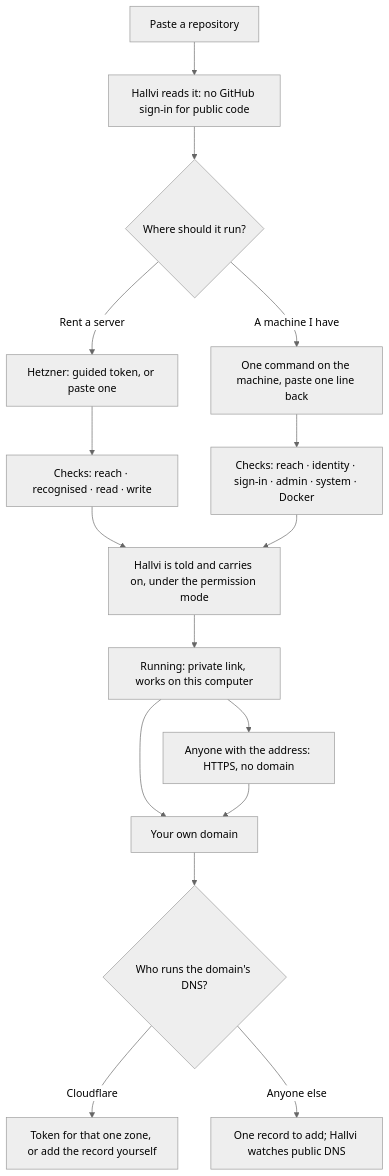
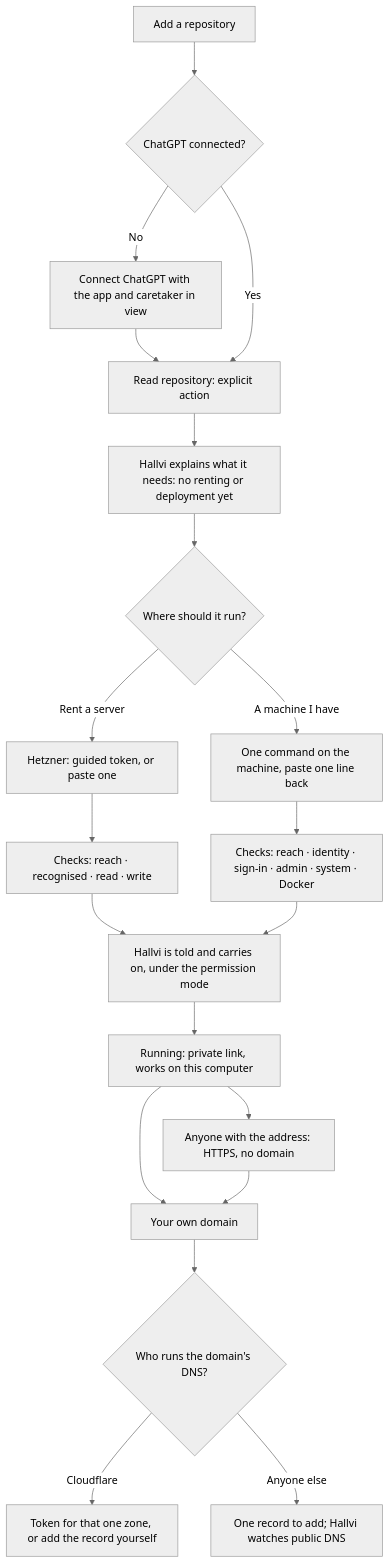
Before and after one commit to lustoykov/hallvi: the first of 2 diagrams in docs/design/onboarding.md, drawn with Mermaid (neutral theme). The commit also changed other lines of this file and 14 other files, not shown here.

````diff
--- a/docs/design/onboarding.md
+++ b/docs/design/onboarding.md
@@ -40,18 +40,22 @@
 ```mermaid
 flowchart TD
-  A[Paste a repository] --> B[Hallvi reads it: no GitHub sign-in for public code]
+  A[Add a repository] --> A1{ChatGPT connected?}
+  A1 -- No --> A2[Connect ChatGPT with the app and caretaker in view]
+  A2 --> A3[Read repository: explicit action]
+  A1 -- Yes --> A3
+  A3 --> B[Hallvi explains what it needs: no renting or deployment yet]
   B --> C{Where should it run?}
   C -- Rent a server --> D[Hetzner: guided token, or paste one]
   C -- A machine I have --> E[One command on the machine, paste one line back]
   D --> F[Checks: reach · recognised · read · write]
   E --> G[Checks: reach · identity · sign-in · admin · system · Docker]
   F --> H[Hallvi is told and carries on, under the permission mode]
   G --> H
   H --> I[Running: private link, works on this computer]
   I --> J[Anyone with the address: HTTPS, no domain]
   I --> K[Your own domain]
   J --> K
   K --> L{Who runs the domain's DNS?}
   L -- Cloudflare --> M[Token for that one zone, or add the record yourself]
   L -- Anyone else --> N[One record to add; Hallvi watches public DNS]
 ```
````
